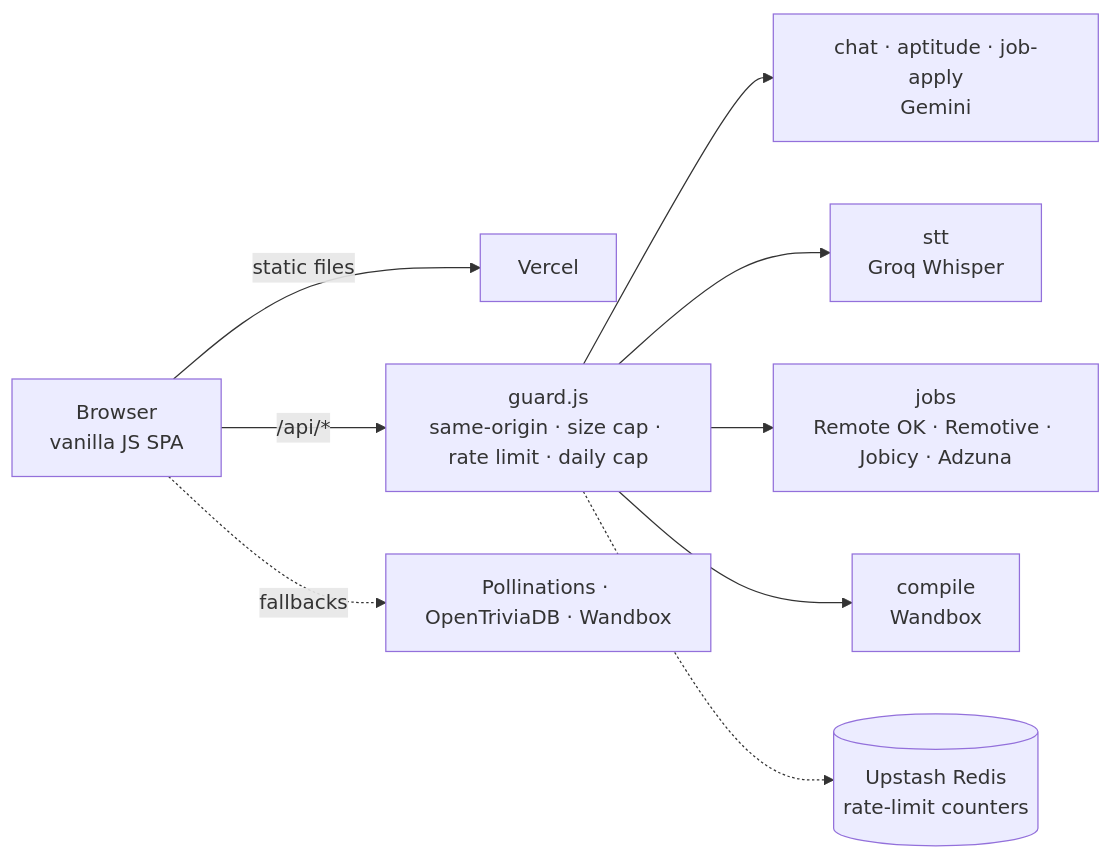
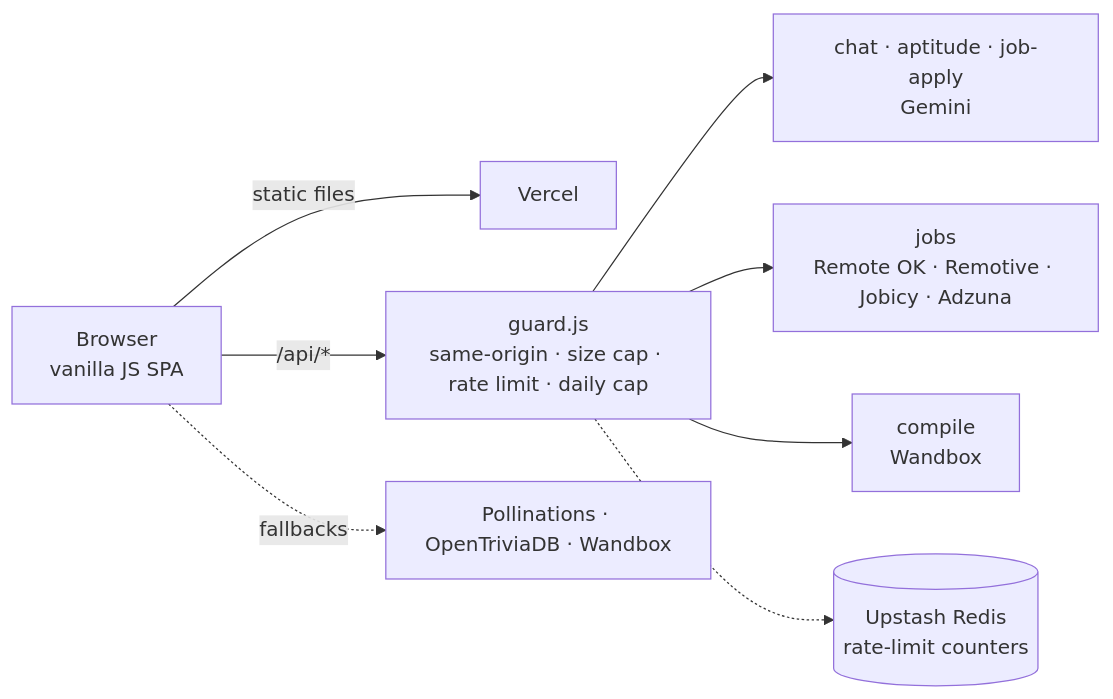
The diagram in README.md (tanp4577-web/AiplacementTracker), drawn with Mermaid before and after one commit. The commit also changed other lines of this file and 22 other files, not shown here.

````diff
--- a/README.md
+++ b/README.md
@@ -34,11 +34,10 @@
 ```mermaid
 flowchart LR
   B[Browser<br/>vanilla JS SPA] -->|static files| V[Vercel]
   B -->|/api/*| G[guard.js<br/>same-origin · size cap · rate limit · daily cap]
   G --> C[chat · aptitude · job-apply<br/>Gemini]
-  G --> S[stt<br/>Groq Whisper]
   G --> J[jobs<br/>Remote OK · Remotive · Jobicy · Adzuna]
   G --> W[compile<br/>Wandbox]
   G -.-> U[(Upstash Redis<br/>rate-limit counters)]
   B -.->|fallbacks| P[Pollinations · OpenTriviaDB · Wandbox]
 ```
````
